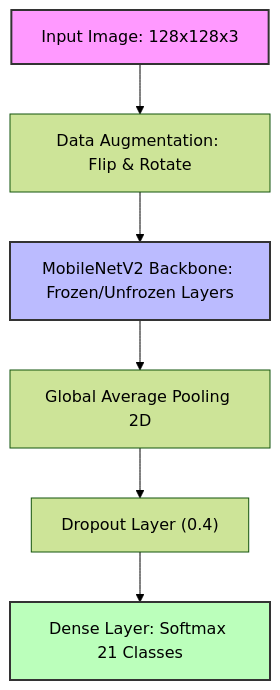
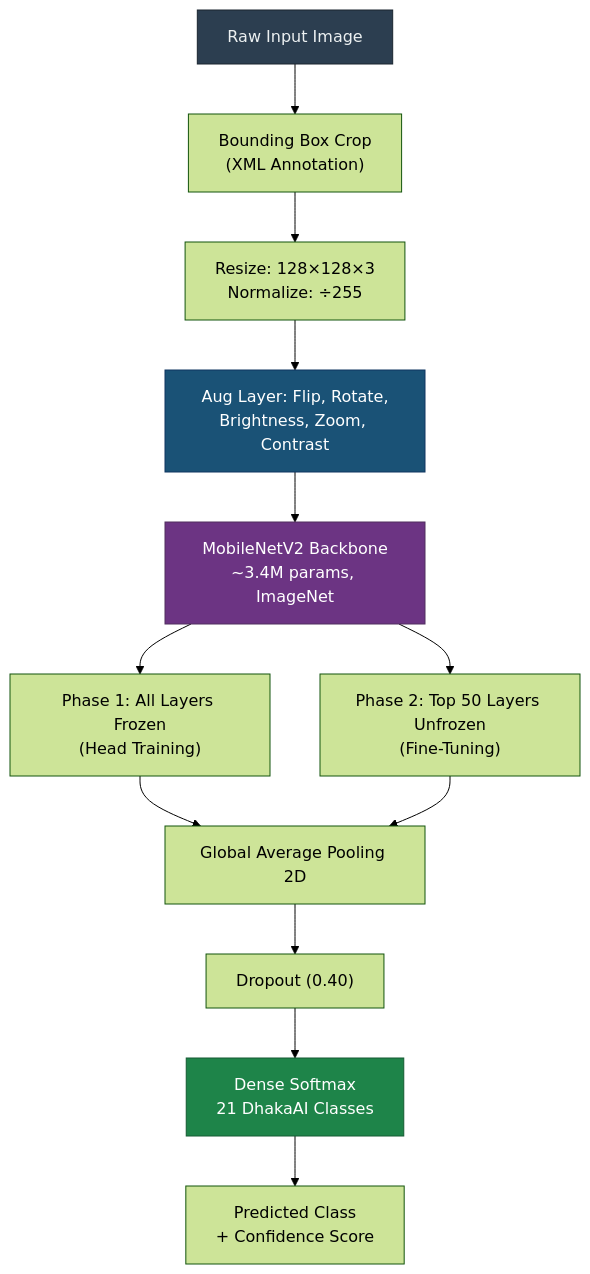
The diagram in research_paper.md (meetmehedi/Advanced-Traffic-Object-Detection-using-MobileNetV2), drawn with Mermaid (forest theme) before and after one commit. The commit also changed other lines of this file and 16 other files, not shown here.

Commit message:
feat: top-tier research paper rewrite with DhakaAI context, expanded intro & related work, YOLOv8 results, 34 refs

````diff
--- a/research_paper.md
+++ b/research_paper.md
@@ -58,12 +185,21 @@
 ```mermaid
 graph TD
-    A["Input Image: 128x128x3"] --> B["Data Augmentation: Flip & Rotate"]
-    B --> C["MobileNetV2 Backbone: Frozen/Unfrozen Layers"]
-    C --> D["Global Average Pooling 2D"]
-    D --> E["Dropout Layer (0.4)"]
-    E --> F["Dense Layer: Softmax 21 Classes"]
-    
-    style A fill:#f9f,stroke:#333,stroke-width:2px
-    style C fill:#bbf,stroke:#333,stroke-width:2px
-    style F fill:#bfb,stroke:#333,stroke-width:2px
+    A["Raw Input Image"] --> B["Bounding Box Crop\n(XML Annotation)"]
+    B --> C["Resize: 128×128×3\nNormalize: ÷255"]
+    C --> D["Aug Layer: Flip, Rotate,\nBrightness, Zoom, Contrast"]
+    D --> E["MobileNetV2 Backbone\n~3.4M params, ImageNet"]
+
+    E --> F1["Phase 1: All Layers Frozen\n(Head Training)"]
+    E --> F2["Phase 2: Top 50 Layers Unfrozen\n(Fine-Tuning)"]
+
+    F1 --> G["Global Average Pooling 2D"]
+    F2 --> G
+    G --> H["Dropout (0.40)"]
+    H --> I["Dense Softmax\n21 DhakaAI Classes"]
+    I --> J["Predicted Class\n+ Confidence Score"]
+
+    style A fill:#2C3E50,color:#ECF0F1,stroke:#1A252F
+    style E fill:#6C3483,color:#fff,stroke:#512E5F
+    style I fill:#1E8449,color:#fff,stroke:#145A32
+    style D fill:#1A5276,color:#fff,stroke:#0E3460
 ```
````
